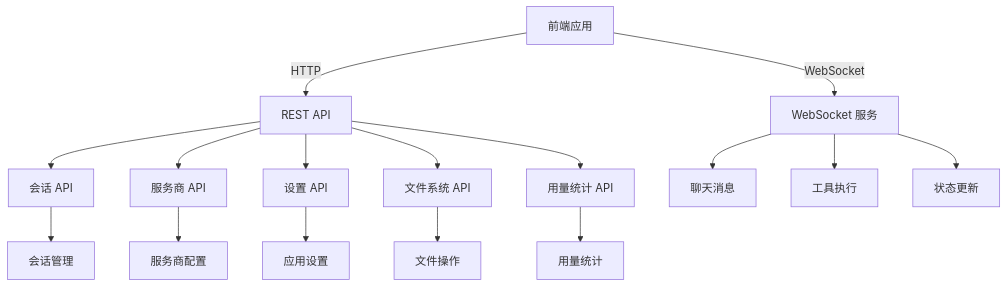
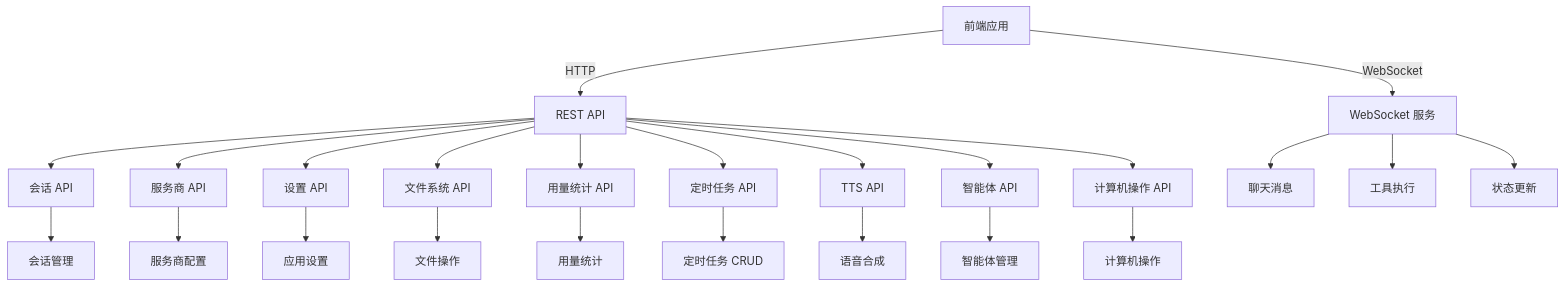
The first of 3 diagrams in openwiki/api/overview.md (guobinnew/space-ai), drawn with Mermaid before and after one commit. The commit also changed other lines of this file and 25 other files, not shown here.

````diff
--- a/openwiki/api/overview.md
+++ b/openwiki/api/overview.md
@@ -14,21 +14,29 @@
 ```mermaid
 graph TB
     A[前端应用] -->|HTTP| B[REST API]
     A -->|WebSocket| C[WebSocket 服务]
     
     B --> D[会话 API]
     B --> E[服务商 API]
     B --> F[设置 API]
     B --> G[文件系统 API]
     B --> H[用量统计 API]
+    B --> I[定时任务 API]
+    B --> J[TTS API]
+    B --> K[智能体 API]
+    B --> L[计算机操作 API]
     
-    C --> I[聊天消息]
-    C --> J[工具执行]
-    C --> K[状态更新]
+    C --> M[聊天消息]
+    C --> N[工具执行]
+    C --> O[状态更新]
     
-    D --> L[会话管理]
-    E --> M[服务商配置]
-    F --> N[应用设置]
-    G --> O[文件操作]
-    H --> P[用量统计]
+    D --> P[会话管理]
+    E --> Q[服务商配置]
+    F --> R[应用设置]
+    G --> S[文件操作]
+    H --> T[用量统计]
+    I --> U[定时任务 CRUD]
+    J --> V[语音合成]
+    K --> W[智能体管理]
+    L --> X[计算机操作]
 ```
````
